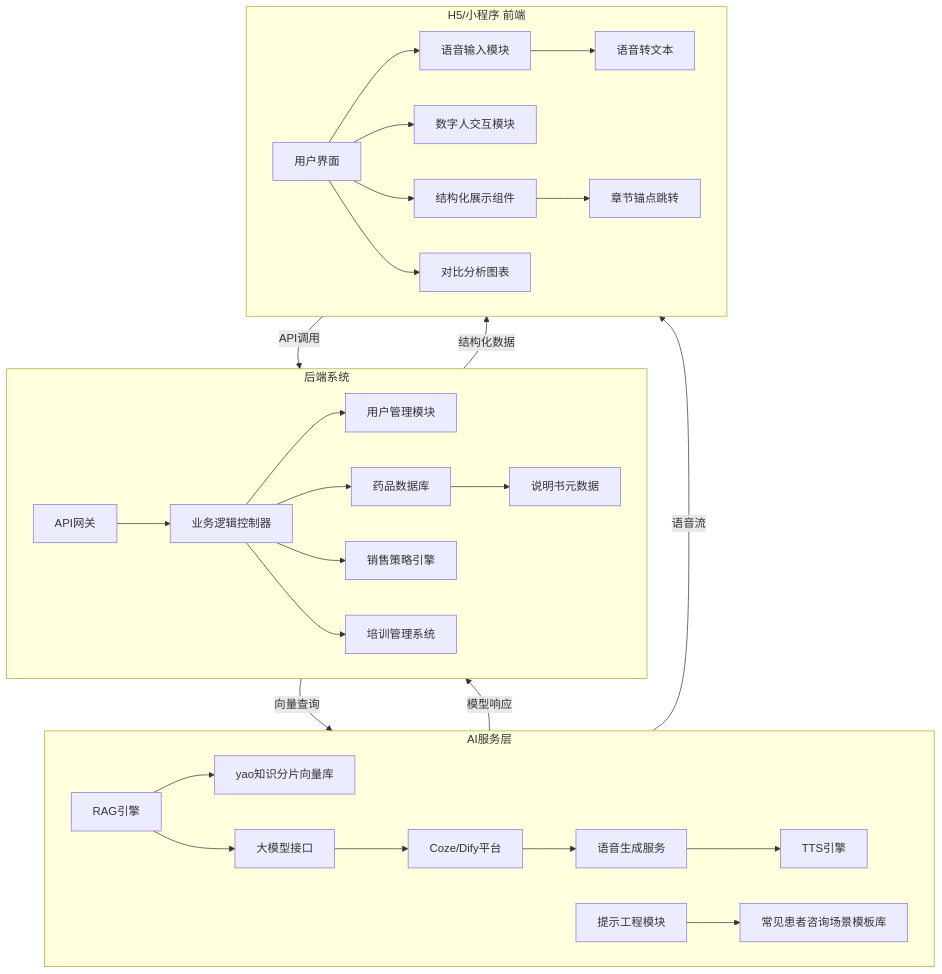
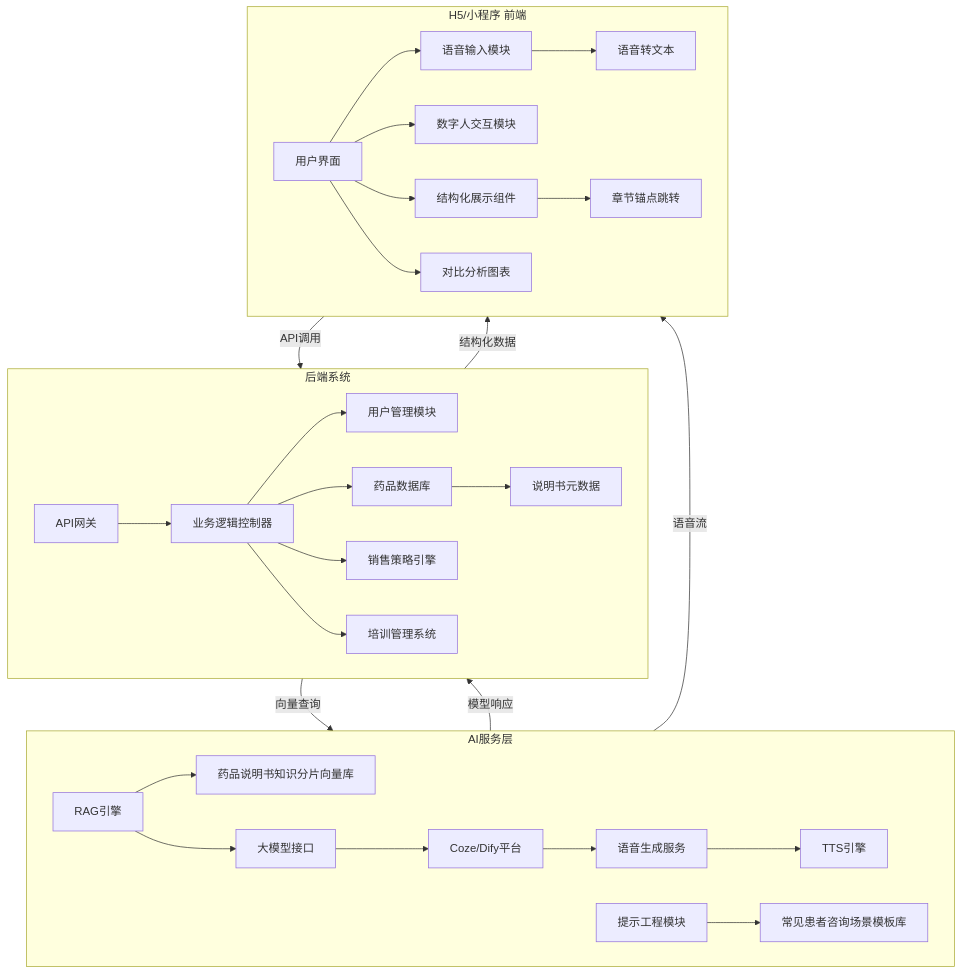
Before and after one commit to funnyData/iodraw-files: the diagram in all/结构图.md, drawn with Mermaid.

Commit message:
2025-02-20 10:08:20 update

````diff
--- a/all/结构图.md
+++ b/all/结构图.md
@@ -1,39 +1,39 @@
 ```mermaid
 %% 结构图
 graph TD
     subgraph AI[AI服务层]
-        O[RAG引擎] --> P[yao知识分片向量库]
+        O[RAG引擎] --> P[药品说明书知识分片向量库]
         O --> Q[大模型接口]
         Q --> R[Coze/Dify平台]
         R --> S
         S[语音生成服务] --> T[TTS引擎]
         U[提示工程模块] --> V[常见患者咨询场景模板库]
     end
 
 
     subgraph Backend[后端系统]
         H[API网关] --> I[业务逻辑控制器]
         I --> J[用户管理模块]
         I --> K[药品数据库]
         I --> L[销售策略引擎]
         I --> M[培训管理系统]
         K --> N[说明书元数据]
     end
 
     subgraph Frontend[H5/小程序 前端]
         A[用户界面] --> B[语音输入模块]
         A --> C[数字人交互模块]
         A --> D[结构化展示组件]
         A --> E[对比分析图表]
         B --> F[语音转文本]
         D --> G[章节锚点跳转]
     end
 
 
 
     Frontend -->|API调用| Backend
     Backend -->|向量查询| AI
     AI -->|模型响应| Backend
     Backend -->|结构化数据| Frontend
     AI -->|语音流| Frontend
 ```
````
